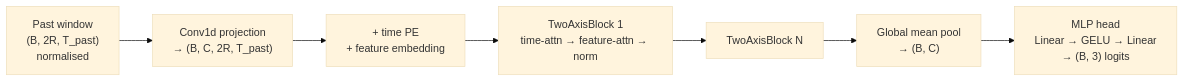
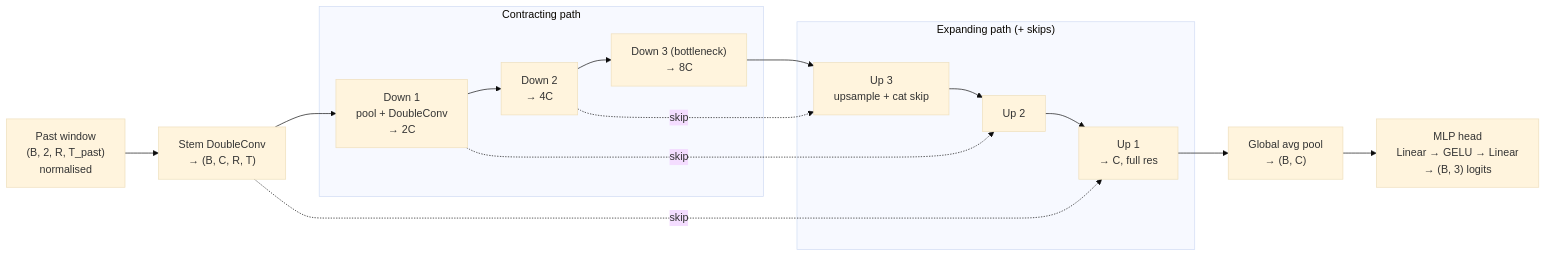
One commit to ParsaNaderiX/Penny changed the second of 3 diagrams in README.md. Above: the diagram before and after it, drawn with Mermaid (base theme). The commit also changed other lines of this file and 3 other files, not shown here.

````diff
--- a/README.md
+++ b/README.md
@@ -295,12 +296,24 @@
 ```mermaid
 flowchart LR
-    inp["Past window\n(B, 2R, T_past)\nnormalised"]
-    proj["Conv1d projection\n→ (B, C, 2R, T_past)"]
-    pe["+ time PE\n+ feature embedding"]
-    b1["TwoAxisBlock 1\ntime-attn → feature-attn → norm"]
-    bn["TwoAxisBlock N"]
-    pool["Global mean pool\n→ (B, C)"]
+    inp["Past window\n(B, 2, R, T_past)\nnormalised"]
+    stem["Stem DoubleConv\n→ (B, C, R, T)"]
+
+    subgraph enc["Contracting path"]
+        d1["Down 1\npool + DoubleConv\n→ 2C"]
+        d2["Down 2\n→ 4C"]
+        d3["Down 3 (bottleneck)\n→ 8C"]
+    end
+    subgraph dec["Expanding path  (+ skips)"]
+        u3["Up 3\nupsample + cat skip"]
+        u2["Up 2"]
+        u1["Up 1\n→ C, full res"]
+    end
+
+    pool["Global avg pool\n→ (B, C)"]
     head["MLP head\nLinear → GELU → Linear\n→ (B, 3) logits"]
 
-    inp --> proj --> pe --> b1 --> bn --> pool --> head
+    inp --> stem --> d1 --> d2 --> d3 --> u3 --> u2 --> u1 --> pool --> head
+    stem -. skip .-> u1
+    d1 -. skip .-> u2
+    d2 -. skip .-> u3
 ```
````
